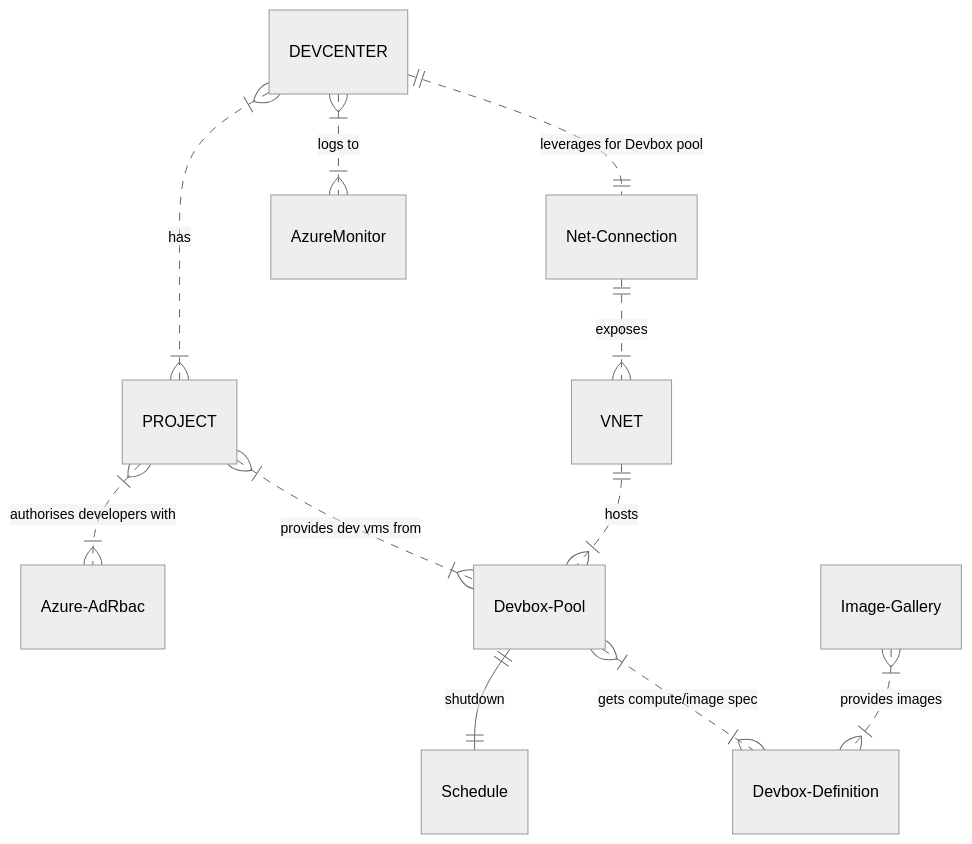
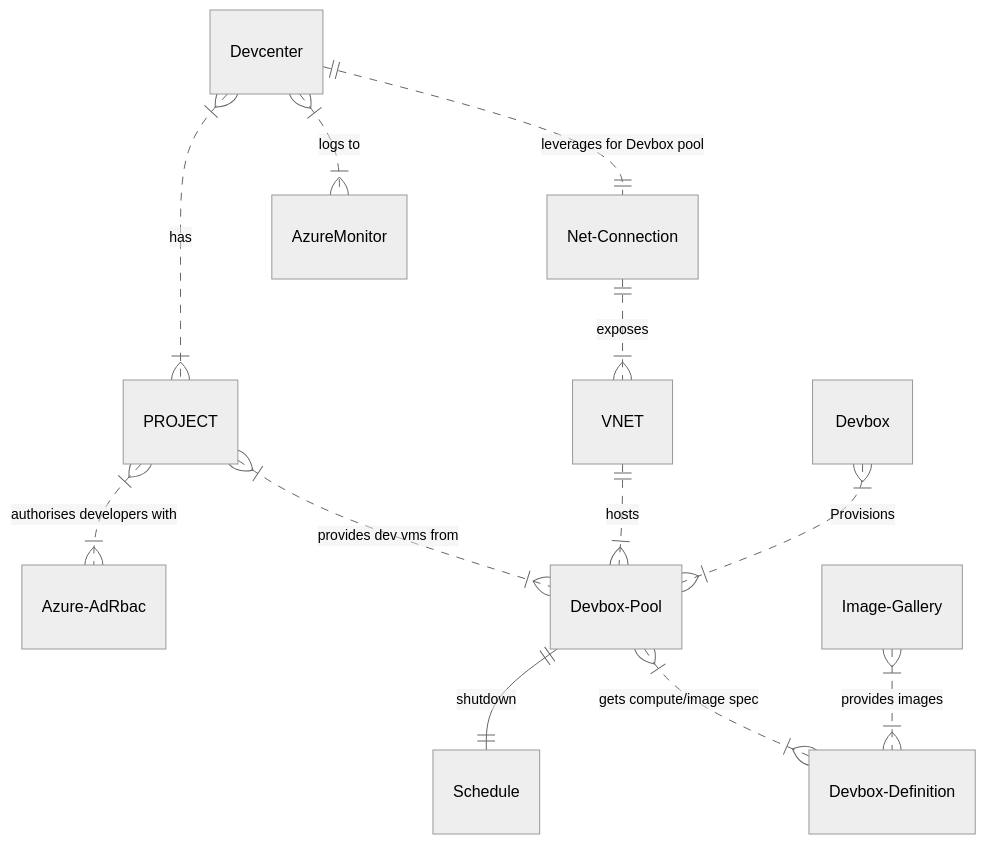
One commit to Gordonby/Devcenter changed the diagram in README.md. Above: the diagram before and after it, drawn with Mermaid (neutral theme). The commit also changed other lines of this file, not shown here.

````diff
--- a/README.md
+++ b/README.md
@@ -18,21 +18,22 @@
 ```mermaid
 erDiagram
 
-    DEVCENTER }|..|{ PROJECT : has
-    DEVCENTER }|..|{ AzureMonitor : "logs to"
+    Devcenter }|..|{ PROJECT : has
+    Devcenter }|..|{ AzureMonitor : "logs to"
     PROJECT }|..|{ Azure-AdRbac : "authorises developers with"
     
     %% Networking components
     VNET ||..|{ Devbox-Pool : hosts
     Net-Connection ||..|{ VNET : exposes
-    DEVCENTER ||..|| Net-Connection : "leverages for Devbox pool"
+    Devcenter ||..|| Net-Connection : "leverages for Devbox pool"
 
     %% Devbox components
     PROJECT }|..|{ Devbox-Pool : "provides dev vms from"
     Devbox-Pool ||--|| Schedule : "shutdown"
     Devbox-Pool }|..|{ Devbox-Definition : "gets compute/image spec"
     Image-Gallery }|..|{ Devbox-Definition : "provides images"
+    Devbox }|..|{ Devbox-Pool : "Provisions"
 
     %% Styling
     %%style DEVCENTER fill :#f9f
 ```
````
